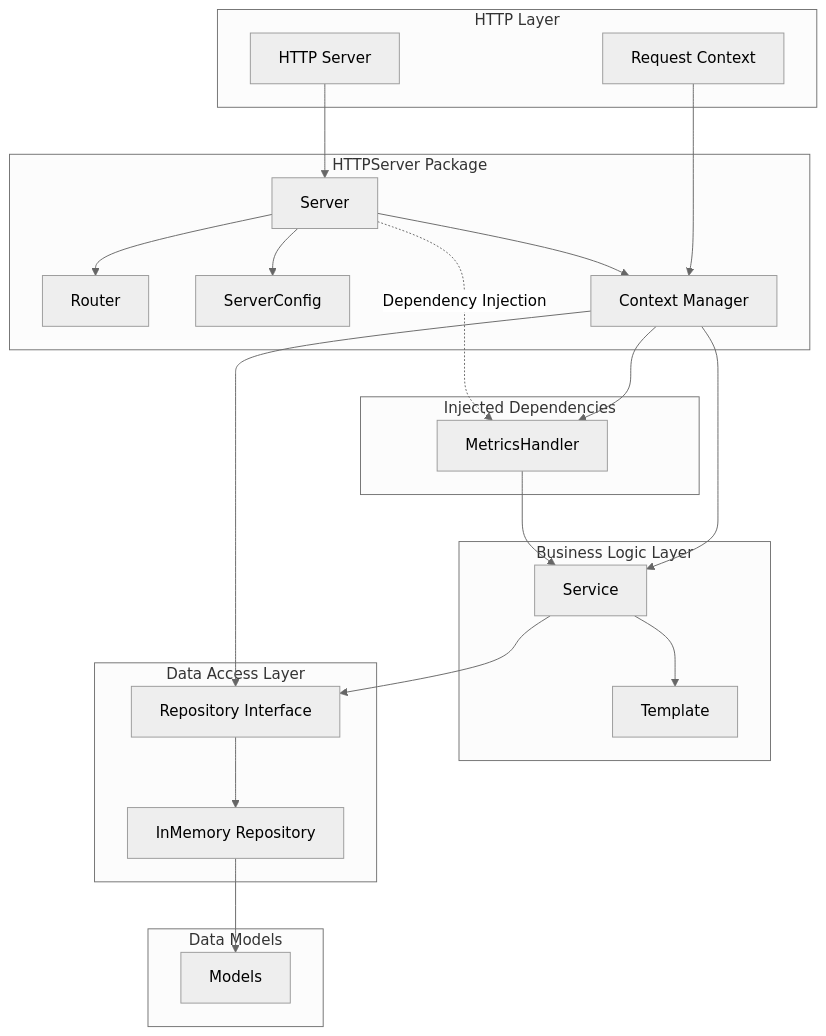
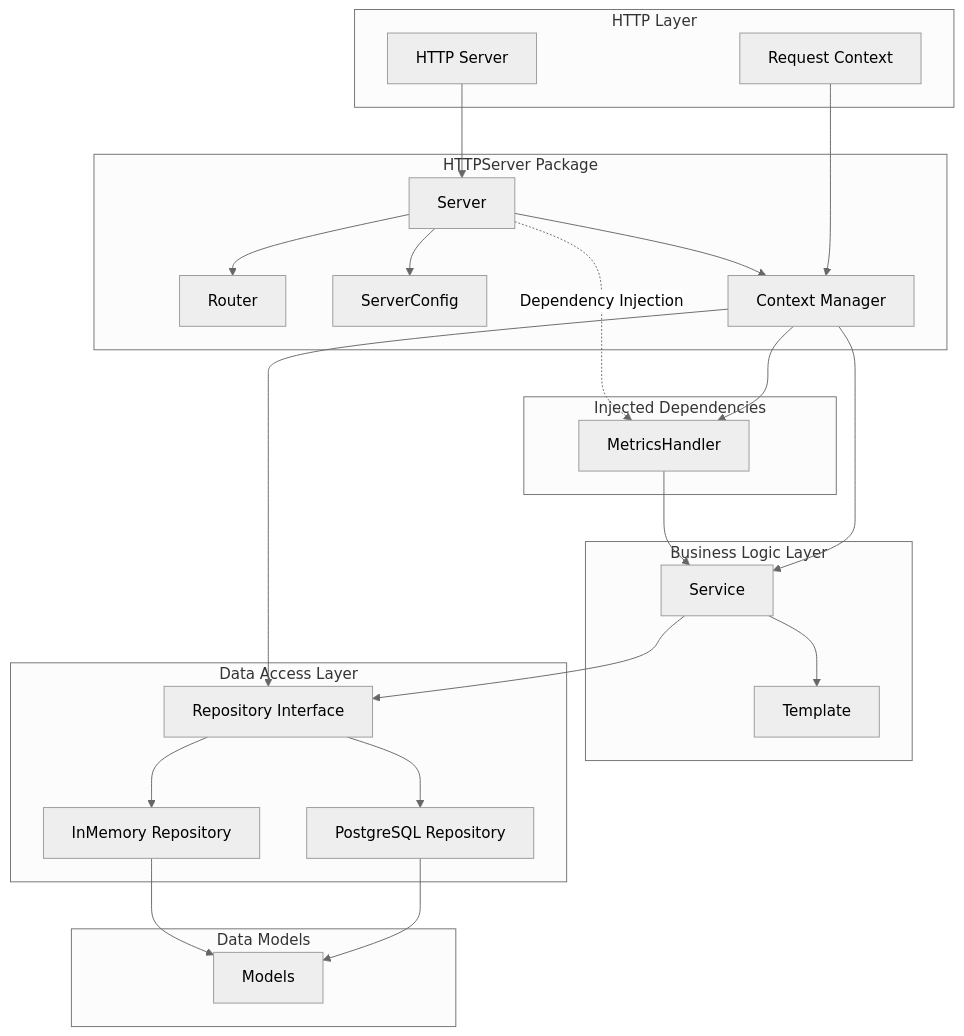
One commit to IgorKilipenko/metrical changed the first of 2 diagrams in internal/httpserver/README.md. Above: the diagram before and after it, drawn with Mermaid (neutral theme). The commit also changed other lines of this file and 3 other files, not shown here.

First line of the commit message:
docs: updated documentation for PostgreSQL support

````diff
--- a/internal/httpserver/README.md
+++ b/internal/httpserver/README.md
@@ -17,48 +17,51 @@
 ```mermaid
 graph TB
     subgraph "HTTPServer Package"
         SERVER[Server]
         ROUTER[Router]
         CONFIG[ServerConfig]
         CTX_MGR[Context Manager]
     end
     
     subgraph "Injected Dependencies"
         HANDLER[MetricsHandler]
     end
     
     subgraph "Business Logic Layer"
         SERVICE[Service]
         TEMPLATE[Template]
     end
     
     subgraph "Data Access Layer"
         REPO[Repository Interface]
         IMR[InMemory Repository]
+        PGR[PostgreSQL Repository]
     end
     
     subgraph "Data Models"
         MODELS[Models]
     end
     
     subgraph "HTTP Layer"
         HTTP_SERVER[HTTP Server]
         REQ_CTX[Request Context]
     end
     
     SERVER -.->|Dependency Injection| HANDLER
     SERVER --> ROUTER
     SERVER --> CONFIG
     SERVER --> CTX_MGR
     HANDLER --> SERVICE
     SERVICE --> REPO
     REPO --> IMR
+    REPO --> PGR
     IMR --> MODELS
+    PGR --> MODELS
     SERVICE --> TEMPLATE
     
     HTTP_SERVER --> SERVER
     REQ_CTX --> CTX_MGR
     CTX_MGR --> HANDLER
     CTX_MGR --> SERVICE
     CTX_MGR --> REPO
 ```
````
